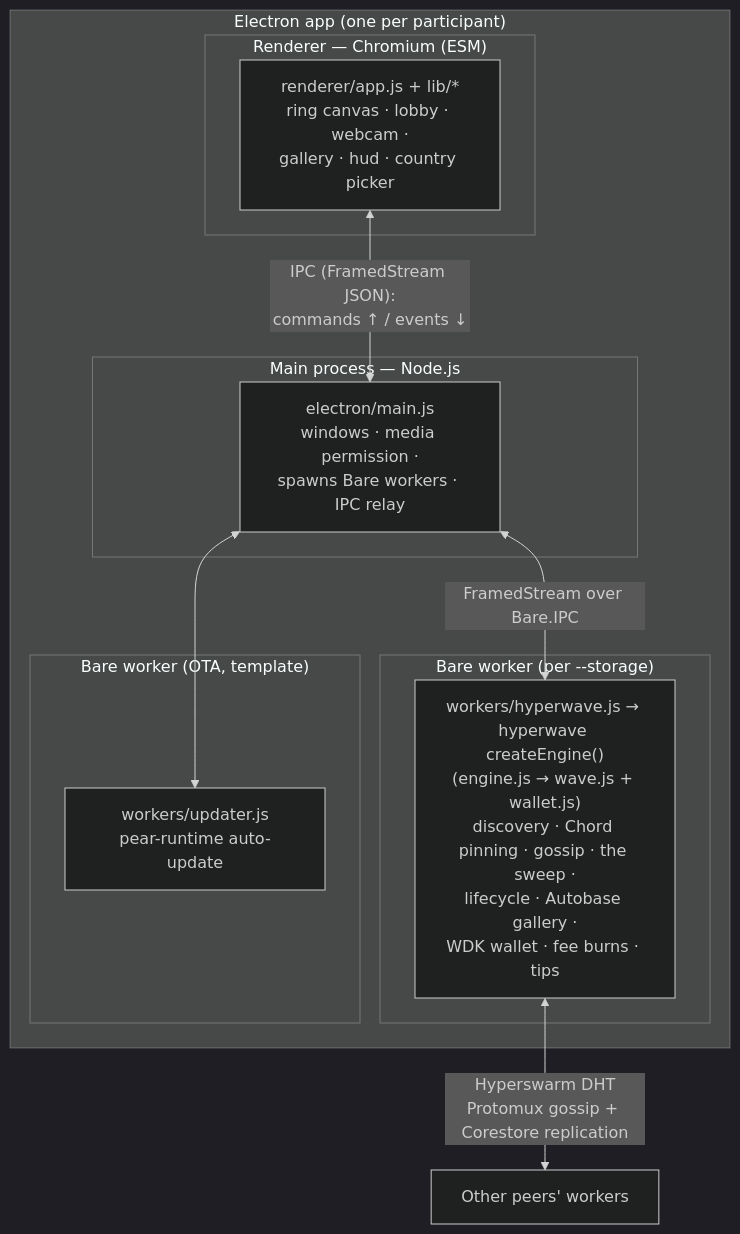
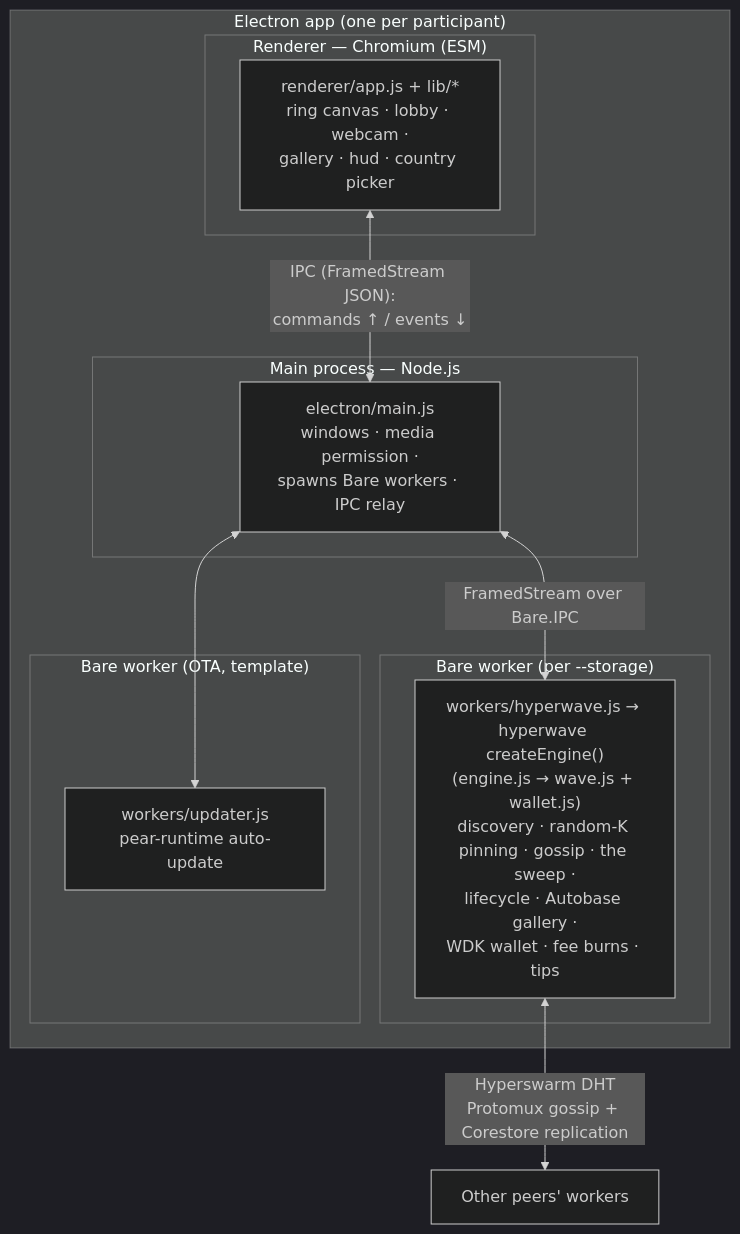
One commit to mnaamani/hyper-wave changed the diagram in docs/architecture.md. Above: the diagram before and after it, drawn with Mermaid (dark theme). The commit also changed other lines of this file and 11 other files, not shown here.

````diff
--- a/docs/architecture.md
+++ b/docs/architecture.md
@@ -22,23 +22,23 @@
 ```mermaid
 flowchart TB
   subgraph Electron["Electron app (one per participant)"]
     subgraph Main["Main process — Node.js"]
       M["electron/main.js<br/>windows · media permission ·<br/>spawns Bare workers · IPC relay"]
     end
     subgraph Renderer["Renderer — Chromium (ESM)"]
       R["renderer/app.js + lib/*<br/>ring canvas · lobby · webcam ·<br/>gallery · hud · country picker"]
     end
     subgraph Worker["Bare worker (per --storage)"]
-      W["workers/hyperwave.js → hyperwave createEngine()<br/>(engine.js → wave.js + wallet.js)<br/>discovery · Chord pinning · gossip · the sweep ·<br/>lifecycle · Autobase gallery ·<br/>WDK wallet · fee burns · tips"]
+      W["workers/hyperwave.js → hyperwave createEngine()<br/>(engine.js → wave.js + wallet.js)<br/>discovery · random-K pinning · gossip · the sweep ·<br/>lifecycle · Autobase gallery ·<br/>WDK wallet · fee burns · tips"]
     end
     subgraph Updater["Bare worker (OTA, template)"]
       U["workers/updater.js<br/>pear-runtime auto-update"]
     end
   end
 
   R <-->|"IPC (FramedStream JSON):<br/>commands ↑ / events ↓"| M
   M <-->|"FramedStream over Bare.IPC"| W
   M <--> U
 
   W <-->|"Hyperswarm DHT<br/>Protomux gossip + Corestore replication"| Peers["Other peers' workers"]
 ```
````
